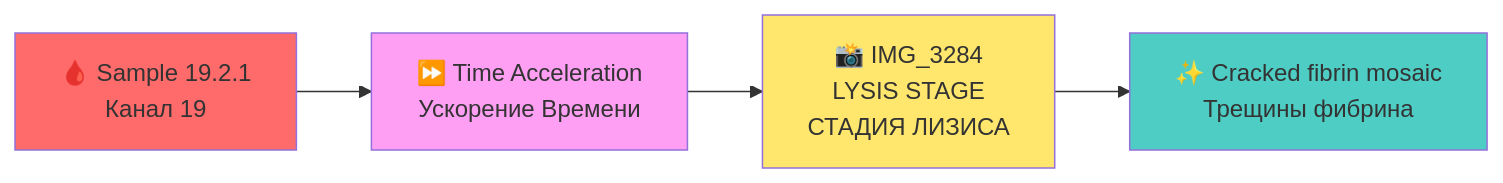
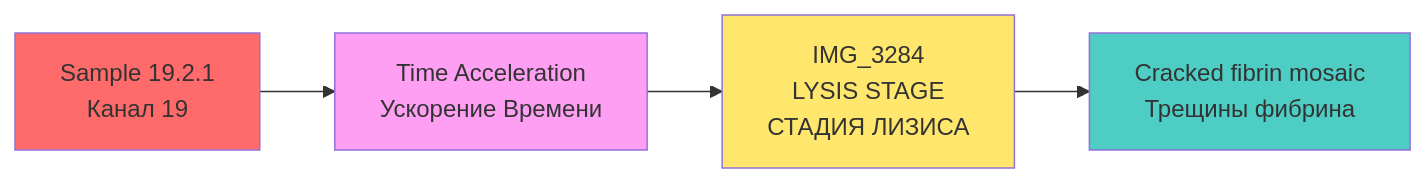
One commit to AdvancedScientificResearchProjects/Hyperbolic_Field_BloodPlasma_Study changed the third of 3 diagrams in original_research/data/patient-02/photos/README.md. Above: the diagram before and after it, drawn with Mermaid. The commit also changed other lines of this file and 46 other files, not shown here.

````diff
--- a/original_research/data/patient-02/photos/README.md
+++ b/original_research/data/patient-02/photos/README.md
@@ -61,11 +59,11 @@
 ```mermaid
 flowchart LR
-    A[🩸 Sample 19.2.1<br/>Канал 19] --> B[⏩ Time Acceleration<br/>Ускорение Времени]
-    B --> C[📸 IMG_3284<br/>LYSIS STAGE<br/>СТАДИЯ ЛИЗИСА]
-    C --> D[✨ Cracked fibrin mosaic<br/>Трещины фибрина]
+    A[ Sample 19.2.1<br/>Канал 19] --> B[ Time Acceleration<br/>Ускорение Времени]
+    B --> C[ IMG_3284<br/>LYSIS STAGE<br/>СТАДИЯ ЛИЗИСА]
+    C --> D[ Cracked fibrin mosaic<br/>Трещины фибрина]
     
     style A fill:#ff6b6b
     style B fill:#ff9ff3
     style C fill:#ffe66d
     style D fill:#4ecdc4
 ```
````
